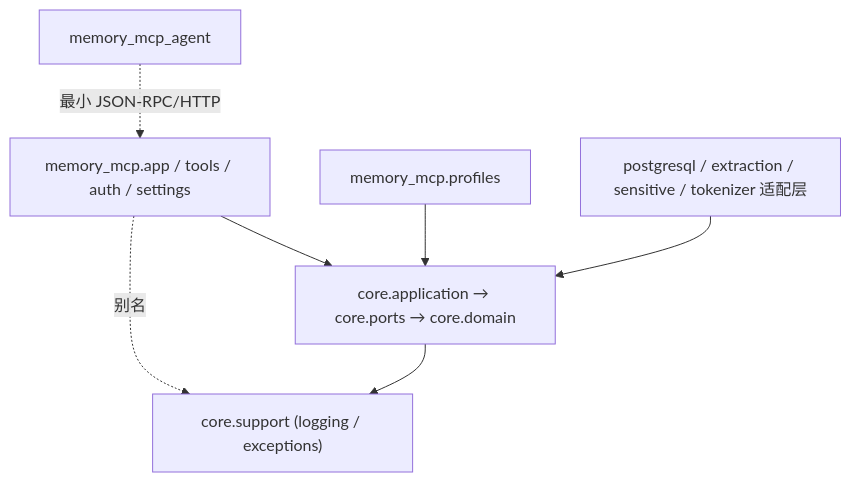
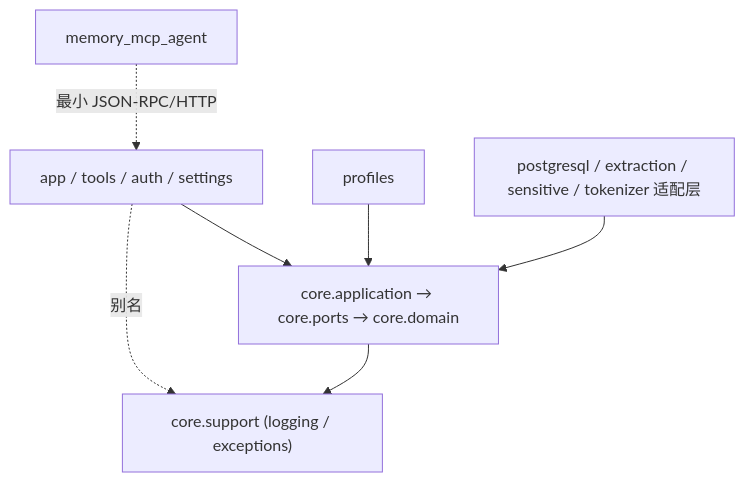
One commit to dxiaosen/memory-mcp changed the sixth of 11 diagrams in docs/design.md. Above: the diagram before and after it, drawn with Mermaid. The commit also changed other lines of this file and 13 other files, not shown here.

````diff
--- a/docs/design.md
+++ b/docs/design.md
@@ -191,14 +191,11 @@
 ```mermaid
 flowchart TD
-    APP["memory_mcp.app / tools / auth / settings"]
-    PROF["memory_mcp.profiles"]
-    ADAPT["postgresql / extraction / sensitive / tokenizer 适配层"]
+    APP["app / tools / auth / settings"] --> CORE
+    PROF["profiles"] --> CORE
+    ADAPT["postgresql / extraction / sensitive / tokenizer 适配层"] --> CORE
     APPSUP["core.support (logging / exceptions)"]
-    APP --> CORE
-    PROF --> CORE
-    ADAPT --> CORE
     APP -.别名.-> APPSUP
     CORE["core.application → core.ports → core.domain"]
     CORE --> APPSUP
     AGENT["memory_mcp_agent"] -.最小 JSON-RPC/HTTP.-> APP
 ```
````
